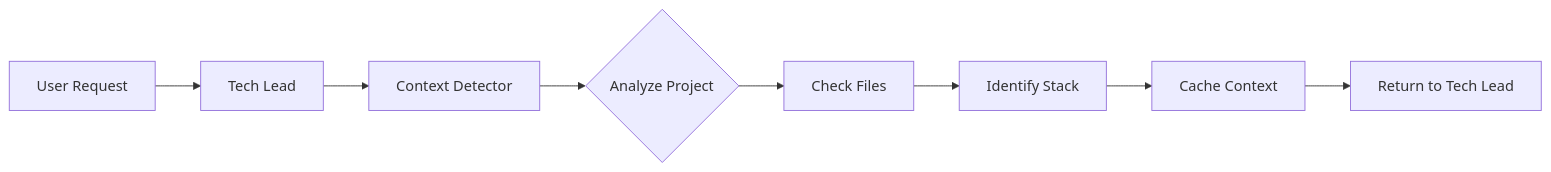
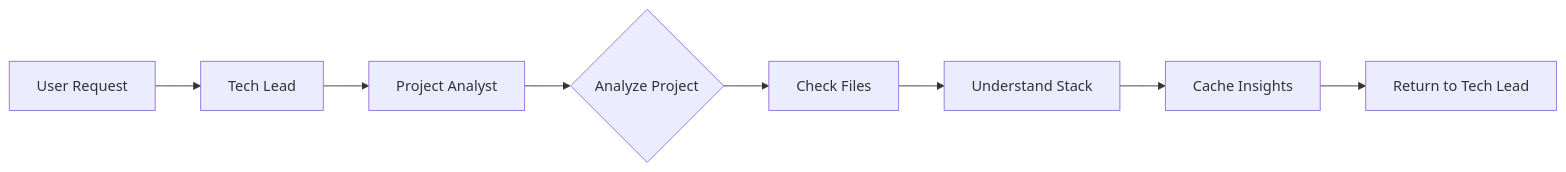
One commit to vijaythecoder/awesome-claude-agents changed the diagram in docs/architecture.md. Above: the diagram before and after it, drawn with Mermaid. The commit also changed other lines of this file and 4 other files, not shown here.

First line of the commit message:
Rename context-detector to project-analyst for better team metaphor

````diff
--- a/docs/architecture.md
+++ b/docs/architecture.md
@@ -49,10 +49,10 @@
 ```mermaid
 graph LR
     A[User Request] --> B[Tech Lead]
-    B --> C[Context Detector]
+    B --> C[Project Analyst]
     C --> D{Analyze Project}
     D --> E[Check Files]
-    E --> F[Identify Stack]
-    F --> G[Cache Context]
+    E --> F[Understand Stack]
+    F --> G[Cache Insights]
     G --> H[Return to Tech Lead]
 ```
````
